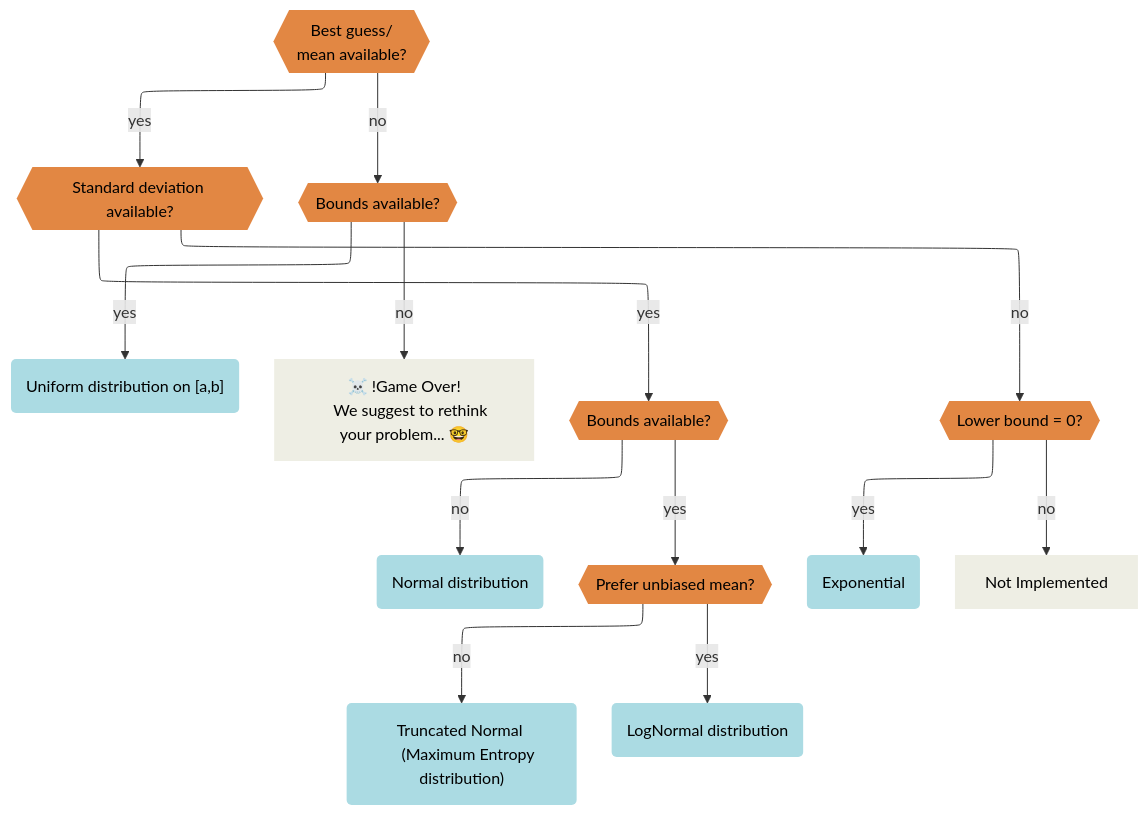
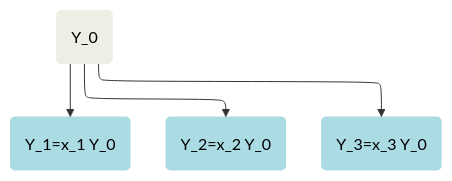
Before and after one commit to jakobsarthur/maxent_disaggregation: the diagram in README.md, drawn with Mermaid. The commit also changed other lines of this file, not shown here.

Commit message:
updat e readme

````diff
--- a/README.md
+++ b/README.md
@@ -81,39 +45,19 @@
 ```mermaid
 flowchart-elk TD
     %% Define node classes
-    classDef decision fill:#e28743,color:black,stroke:none;
-    classDef distribution fill:#abdbe3,color:black,stroke:none;
-    classDef notimplementednode fill:#eeeee4,color:black,stroke:none;
+    classDef Aggregate fill:#eeeee4,color:black,stroke:none;
+    classDef DisAgg1 fill:#abdbe3,color:black,stroke:none;
+    classDef DisAgg2 fill:#e28743,color:black,stroke:none;
+    classDef DisAgg3 fill:#abdbe3,color:black,stroke:none;
 
-    MeanDecision{{"Best guess/
-    mean available?"}}:::decision
-    SDDecision{{"Standard deviation available?"}}:::decision
-    BoundsDecision1{{"Bounds available?"}}:::decision
-    Uniform("Uniform distribution on [a,b]"):::distribution
-    GoBackToStart["☠️ !Game Over!
-    We suggest to rethink your problem... 🤓"]:::notimplementednode
-    BoundsDecision2{{"Bounds available?"}}:::decision
-    Normal("Normal distribution"):::distribution
-    UnbiasedMean{{"Prefer unbiased mean?"}}:::decision
-    TruncNorm("Truncated Normal 
-    (Maximum Entropy distribution)"):::distribution
-    LogNorm("LogNormal distribution"):::distribution
-    LowerBound0{{"Lower bound = 0?"}}:::decision
-    Exponential("Exponential"):::distribution
-    NotImplemented["Not Implemented"]:::notimplementednode
-
+    agg("Y_0"):::Aggregate
+    disagg1("Y_1=x_1 Y_0"):::DisAgg1
+    disagg2("Y_2=x_2 Y_0"):::DisAgg1
+    disagg3("Y_3=x_3 Y_0"):::DisAgg1
+   
 
     %% Define connections
-    MeanDecision -- "no" --> BoundsDecision1
-    MeanDecision -- "yes" --> SDDecision
-    SDDecision -- "yes" --> BoundsDecision2
-    BoundsDecision2 -- "yes" --> UnbiasedMean
-    UnbiasedMean -- "yes" --> LogNorm
-    UnbiasedMean -- "no" --> TruncNorm
-    BoundsDecision2 -- "no" --> Normal
-    SDDecision -- "no" --> LowerBound0
-    LowerBound0 -- "yes" --> Exponential
-    LowerBound0 -- "no" --> NotImplemented
-    BoundsDecision1 -- "yes" --> Uniform
-    BoundsDecision1 -- "no" --> GoBackToStart
+    agg  --> disagg1
+    agg  --> disagg2
+    agg  --> disagg3
 ```
````
